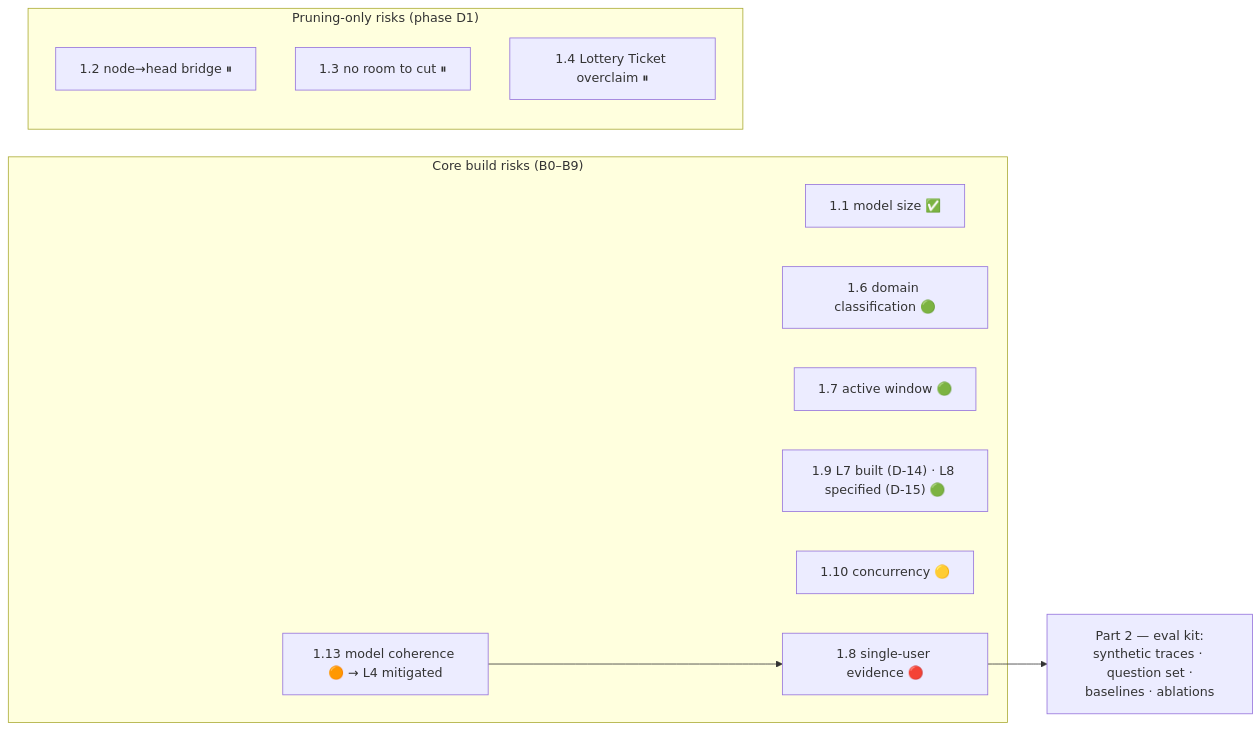
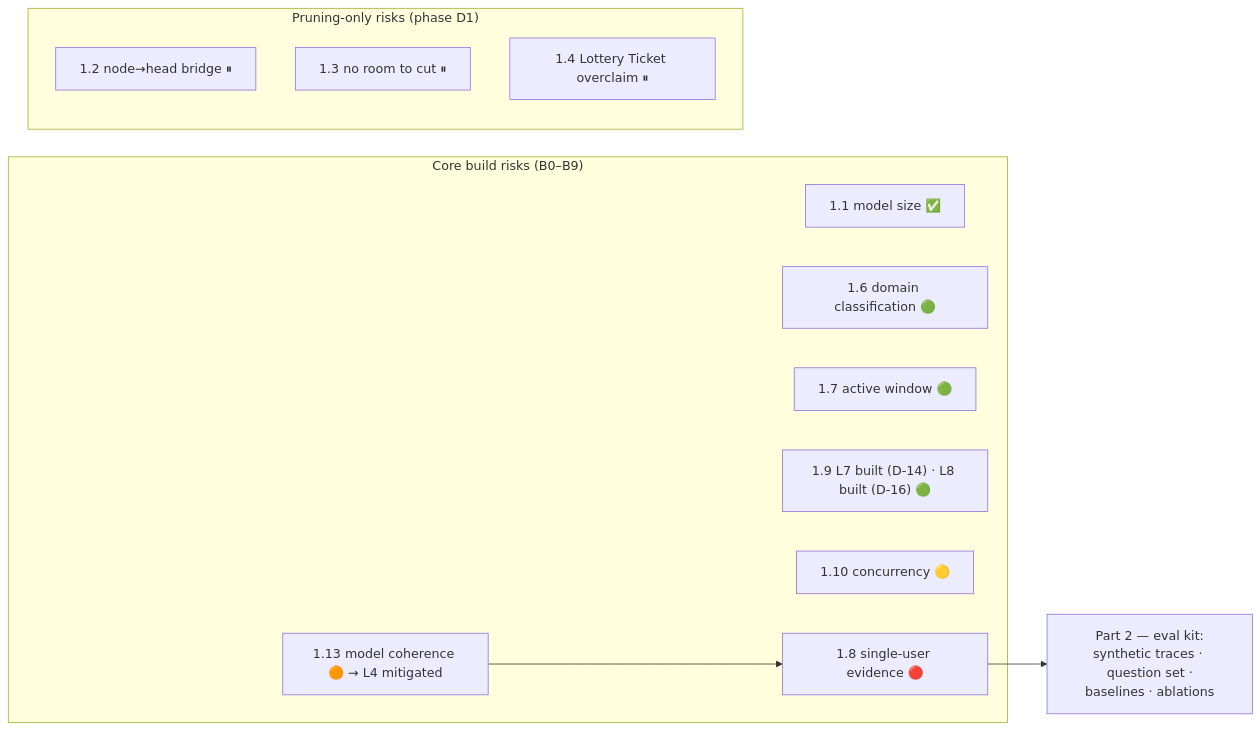
Before and after one commit to bhanot-99/NeuroPACA: the diagram in problems.md, drawn with Mermaid. The commit also changed other lines of this file and 2 other files, not shown here.

````diff
--- a/problems.md
+++ b/problems.md
@@ -35,19 +35,19 @@
 ```mermaid
 flowchart LR
     subgraph core["Core build risks (B0–B9)"]
         R11["1.1 model size ✅"]
         R16["1.6 domain classification 🟢"]
         R17["1.7 active window 🟢"]
         R113["1.13 model coherence 🟠 → L4 mitigated"]
-        R19["1.9 L7 built (D-14) · L8 specified (D-15) 🟢"]
+        R19["1.9 L7 built (D-14) · L8 built (D-16) 🟢"]
         R110["1.10 concurrency 🟡"]
         R18["1.8 single-user evidence 🔴"]
     end
     subgraph deferred["Pruning-only risks (phase D1)"]
         R12["1.2 node→head bridge ⏸"]
         R13["1.3 no room to cut ⏸"]
         R14["1.4 Lottery Ticket overclaim ⏸"]
     end
     R113 --> R18
     R18 --> RESEARCH["Part 2 — eval kit:<br/>synthetic traces · question set ·<br/>baselines · ablations"]
 ```
````
